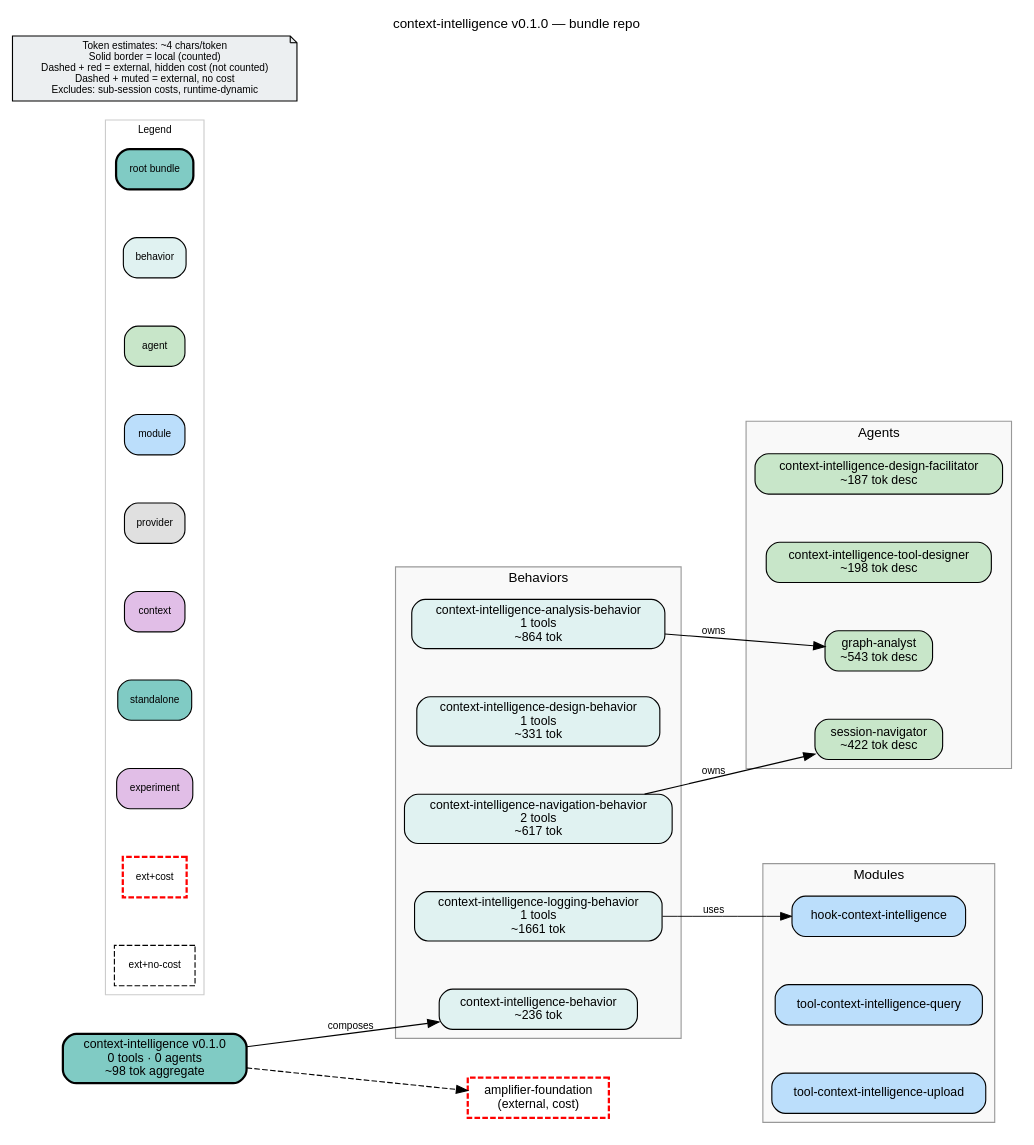
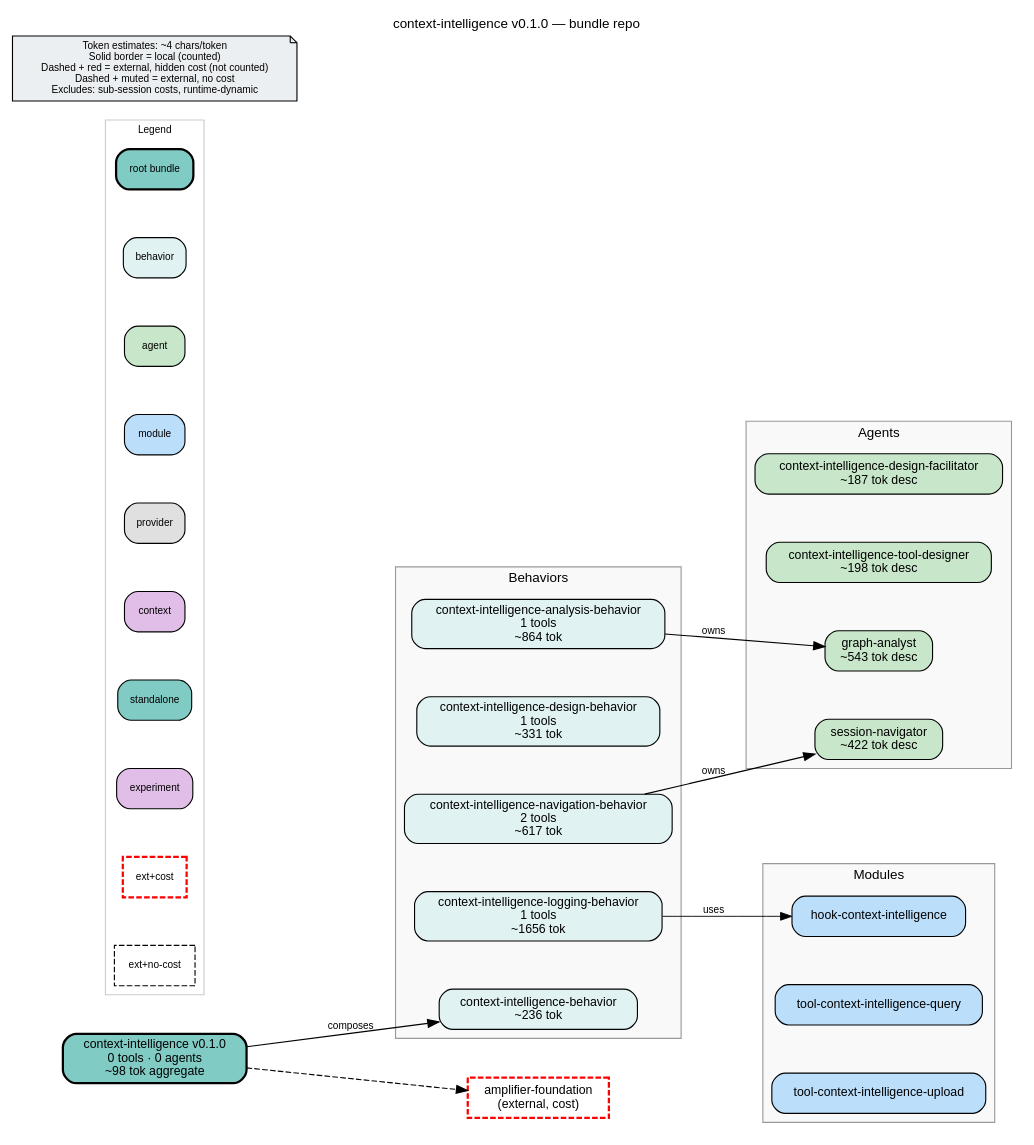
Before and after one commit to microsoft/amplifier-bundle-context-intelligence: the diagram in bundle.dot, drawn with Graphviz. The commit also changed 1 other file, not shown here.

```diff
--- a/bundle.dot
+++ b/bundle.dot
@@ -1,82 +1,82 @@
 digraph context_intelligence {
     rankdir=LR
     fontname="Helvetica"
     fontsize=12
     label="context-intelligence v0.1.0 — bundle repo"
     labelloc=t
     labeljust=c
     nodesep=0.6
     ranksep=0.7
     bgcolor="white"
-    source_hash="18e3046d9999d7c21d8a948dbb2f0e83ae35c8b72a73e2e2793227571f9c088c"
+    source_hash="0758d63959ef34f091dbe8fc6e27bc712f154503c829bb35474423dd213c2c27"
 
     node [fontname="Helvetica", fontsize=11, style="filled,rounded"]
     edge [fontname="Helvetica", fontsize=9]
 
     root_context_intelligence [label="context-intelligence v0.1.0\n0 tools · 0 agents\n~98 tok aggregate", shape=box, fillcolor="#80cbc4", style="filled,rounded,bold", penwidth=2]
 
     subgraph cluster_behaviors {
         label="Behaviors"
         style="filled"
         fillcolor="#f9f9f9"
         color="#999999"
 
         beh_context_intelligence_analysis_behavior [label="context-intelligence-analysis-behavior\n1 tools\n~864 tok", shape=box, fillcolor="#e0f2f1", style="filled,rounded"]
         beh_context_intelligence_design_behavior [label="context-intelligence-design-behavior\n1 tools\n~331 tok", shape=box, fillcolor="#e0f2f1", style="filled,rounded"]
-        beh_context_intelligence_logging_behavior [label="context-intelligence-logging-behavior\n1 tools\n~1661 tok", shape=box, fillcolor="#e0f2f1", style="filled,rounded"]
+        beh_context_intelligence_logging_behavior [label="context-intelligence-logging-behavior\n1 tools\n~1656 tok", shape=box, fillcolor="#e0f2f1", style="filled,rounded"]
         beh_context_intelligence_navigation_behavior [label="context-intelligence-navigation-behavior\n2 tools\n~617 tok", shape=box, fillcolor="#e0f2f1", style="filled,rounded"]
         beh_context_intelligence_behavior [label="context-intelligence-behavior\n~236 tok", shape=box, fillcolor="#e0f2f1", style="filled,rounded"]
     }
 
     subgraph cluster_agents {
         label="Agents"
         style="filled"
         fillcolor="#f9f9f9"
         color="#999999"
 
         agt_context_intelligence_design_facilitator [label="context-intelligence-design-facilitator\n~187 tok desc", shape=box, fillcolor="#c8e6c9", style="filled,rounded"]
         agt_context_intelligence_tool_designer [label="context-intelligence-tool-designer\n~198 tok desc", shape=box, fillcolor="#c8e6c9", style="filled,rounded"]
         agt_graph_analyst [label="graph-analyst\n~543 tok desc", shape=box, fillcolor="#c8e6c9", style="filled,rounded"]
         agt_session_navigator [label="session-navigator\n~422 tok desc", shape=box, fillcolor="#c8e6c9", style="filled,rounded"]
     }
 
     subgraph cluster_modules {
         label="Modules"
         style="filled"
         fillcolor="#f9f9f9"
         color="#999999"
 
         mod_hook_context_intelligence [label="hook-context-intelligence", shape=box, fillcolor="#bbdefb", style="filled,rounded"]
         mod_tool_context_intelligence_query [label="tool-context-intelligence-query", shape=box, fillcolor="#bbdefb", style="filled,rounded"]
         mod_tool_context_intelligence_upload [label="tool-context-intelligence-upload", shape=box, fillcolor="#bbdefb", style="filled,rounded"]
     }
 
     subgraph cluster_legend {
         label="Legend"
         style="filled"
         fillcolor="white"
         color="#cccccc"
         fontsize=9
 
         leg_root [label="root bundle", shape=box, fillcolor="#80cbc4", style="filled,rounded,bold", fontsize=9]
         leg_behavior [label="behavior", shape=box, fillcolor="#e0f2f1", style="filled,rounded", fontsize=9]
         leg_agent [label="agent", shape=box, fillcolor="#c8e6c9", style="filled,rounded", fontsize=9]
         leg_module [label="module", shape=box, fillcolor="#bbdefb", style="filled,rounded", fontsize=9]
         leg_provider [label="provider", shape=box, fillcolor="#e0e0e0", style="filled,rounded", fontsize=9]
         leg_context [label="context", shape=box, fillcolor="#e1bee7", style="filled,rounded", fontsize=9]
         leg_standalone [label="standalone", shape=box, fillcolor="#80cbc4", style="filled,rounded", fontsize=9]
         leg_experiment [label="experiment", shape=box, fillcolor="#e1bee7", style="filled,rounded", fontsize=9]
         leg_ext_cost [label="ext+cost", shape=box, fillcolor="#80cbc4", style="dashed", color="red", penwidth=2, fontsize=9]
         leg_ext_muted [label="ext+no-cost", shape=box, fillcolor="#f5f5f5", style="dashed", fontsize=9]
     }
 
     disclaimer [label="Token estimates: ~4 chars/token\nSolid border = local (counted)\nDashed + red = external, hidden cost (not counted)\nDashed + muted = external, no cost\nExcludes: sub-session costs, runtime-dynamic", shape=note, fillcolor="#eceff1", style="filled", fontsize=9]
 
     ext_githttps___github_com_microsoft_amplifier_foundation_main [label="amplifier-foundation\n(external, cost)", shape=box, fillcolor="#80cbc4", style="dashed", color="red", penwidth=2]
 
     root_context_intelligence -> ext_githttps___github_com_microsoft_amplifier_foundation_main [style=dashed]
     root_context_intelligence -> beh_context_intelligence_behavior [label="composes"]
     beh_context_intelligence_analysis_behavior -> agt_graph_analyst [label="owns"]
     beh_context_intelligence_logging_behavior -> mod_hook_context_intelligence [label="uses", penwidth=0.8]
     beh_context_intelligence_navigation_behavior -> agt_session_navigator [label="owns"]
 }
```
